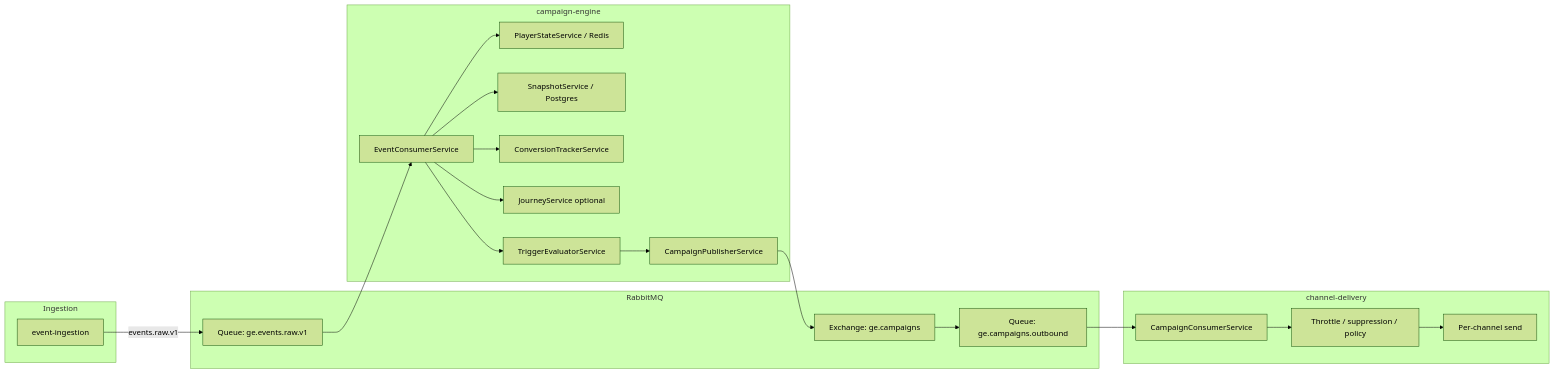
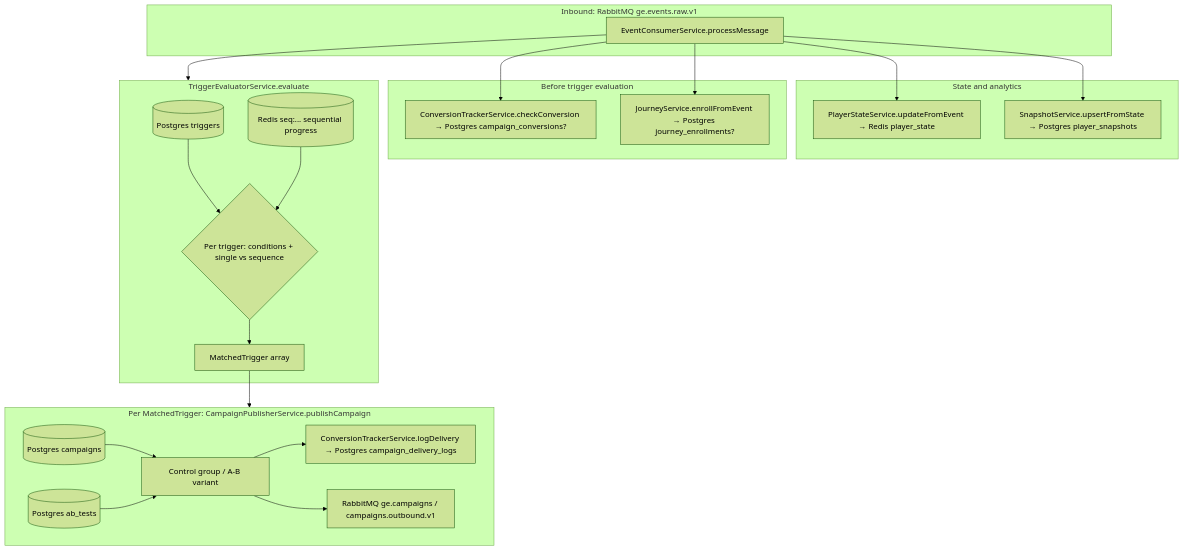
The first of 2 diagrams in flows/triggers.md (rishirathoregammasweep/Working), drawn with Mermaid (forest theme) before and after one commit. The commit also changed other lines of this file, not shown here.

First line of the commit message:
Revise triggers and event consumption documentation

````diff
--- a/flows/triggers.md
+++ b/flows/triggers.md
@@ -11,42 +76,45 @@
 ```mermaid
-flowchart LR
-  subgraph ingest["Ingestion"]
-    EI[event-ingestion]
+flowchart TB
+  subgraph ingress["Inbound: RabbitMQ ge.events.raw.v1"]
+    EC[EventConsumerService.processMessage]
   end
 
-  subgraph mq["RabbitMQ"]
-    QRAW["Queue: ge.events.raw.v1"]
-    EX["Exchange: ge.campaigns"]
-    QOUT["Queue: ge.campaigns.outbound"]
+  subgraph state["State and analytics"]
+    PS[PlayerStateService.updateFromEvent → Redis player_state]
+    SN[SnapshotService.upsertFromState → Postgres player_snapshots]
   end
 
-  subgraph ce["campaign-engine"]
-    EC[EventConsumerService]
-    PS[PlayerStateService / Redis]
-    SN[SnapshotService / Postgres]
-    CV[ConversionTrackerService]
-    JY[JourneyService optional]
-    TE[TriggerEvaluatorService]
-    CP[CampaignPublisherService]
+  subgraph preTriggers["Before trigger evaluation"]
+    CV[ConversionTrackerService.checkConversion → Postgres campaign_conversions?]
+    JR[JourneyService.enrollFromEvent → Postgres journey_enrollments?]
   end
 
-  subgraph cd["channel-delivery"]
-    CC[CampaignConsumerService]
-    TH[Throttle / suppression / policy]
-    CH[Per-channel send]
+  subgraph eval["TriggerEvaluatorService.evaluate"]
+    LD[(Postgres triggers)]
+    RD[(Redis seq:... sequential progress)]
+    TE{Per trigger: conditions + single vs sequence}
+    MT[MatchedTrigger array]
+    LD --> TE
+    RD --> TE
+    TE --> MT
   end
 
-  EI -->|events.raw.v1| QRAW
-  QRAW --> EC
+  subgraph pub["Per MatchedTrigger: CampaignPublisherService.publishCampaign"]
+    CA[(Postgres campaigns)]
+    AB[(Postgres ab_tests)]
+    CG[Control group / A-B variant]
+    DL[ConversionTrackerService.logDelivery → Postgres campaign_delivery_logs]
+    OUT["RabbitMQ ge.campaigns / campaigns.outbound.v1"]
+    CA --> CG
+    AB --> CG
+    CG --> DL
+    CG --> OUT
+  end
+
   EC --> PS
   EC --> SN
   EC --> CV
-  EC --> JY
-  EC --> TE
-  TE --> CP
-  CP --> EX
-  EX --> QOUT
-  QOUT --> CC
-  CC --> TH
-  TH --> CH
+  EC --> JR
+  EC --> eval
+  MT --> pub
 ```
````
